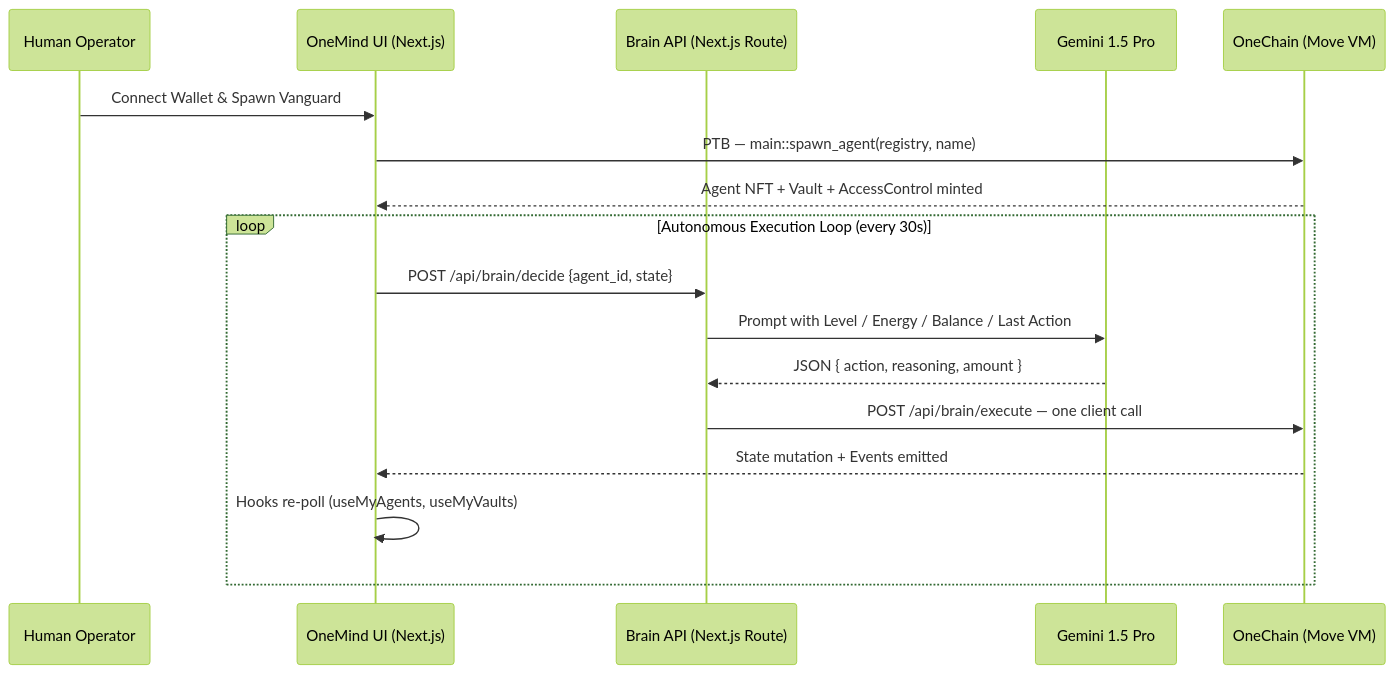
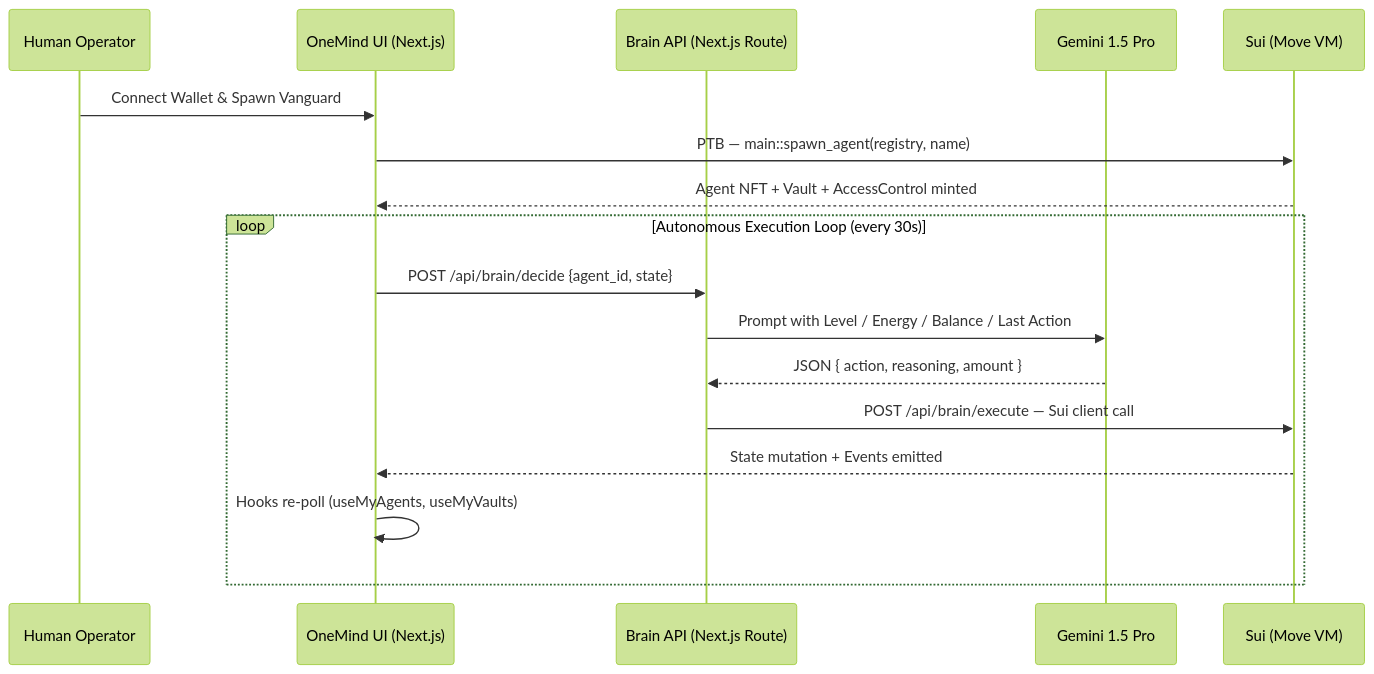
Before and after one commit to Aaditya1273/OneMInd: the first of 3 diagrams in README.md, drawn with Mermaid (forest theme). The commit also changed other lines of this file and 683 other files, not shown here.

````diff
--- a/README.md
+++ b/README.md
@@ -65,21 +65,21 @@
 ```mermaid
 sequenceDiagram
     participant User as Human Operator
     participant UI as OneMind UI (Next.js)
     participant API as Brain API (Next.js Route)
     participant AI as Gemini 1.5 Pro
-    participant Chain as OneChain (Move VM)
+    participant Chain as Sui (Move VM)
 
     User->>UI: Connect Wallet & Spawn Vanguard
     UI->>Chain: PTB — main::spawn_agent(registry, name)
     Chain-->>UI: Agent NFT + Vault + AccessControl minted
 
     loop Autonomous Execution Loop (every 30s)
         UI->>API: POST /api/brain/decide {agent_id, state}
         API->>AI: Prompt with Level / Energy / Balance / Last Action
         AI-->>API: JSON { action, reasoning, amount }
-        API->>Chain: POST /api/brain/execute — one client call
+        API->>Chain: POST /api/brain/execute — Sui client call
         Chain-->>UI: State mutation + Events emitted
         UI->>UI: Hooks re-poll (useMyAgents, useMyVaults)
     end
 ```
````
